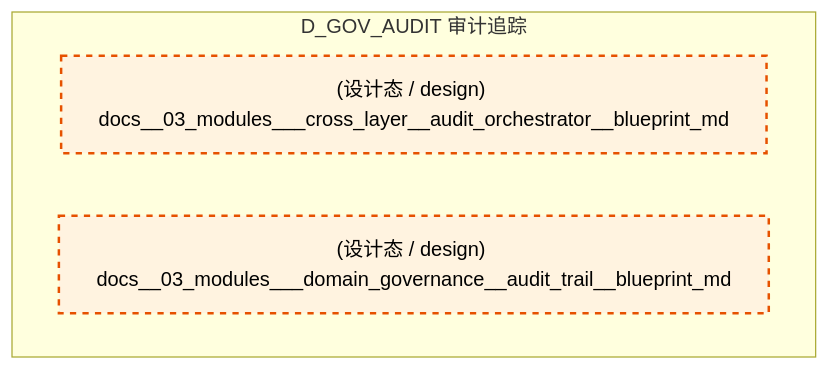
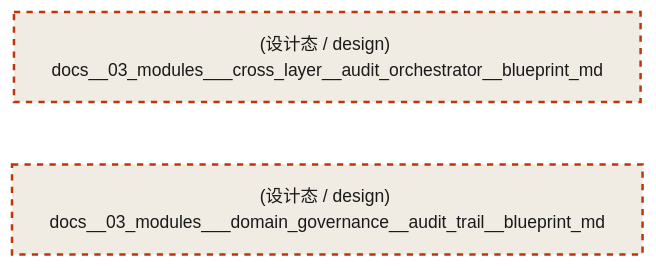
One commit to xuanFelixVan/ZephyrAlpha changed the seventh of 8 diagrams in docs/02_enterprise_architecture/02_domain_architecture_docs/50_d_gov_audit.md. Above: the diagram before and after it, drawn with Mermaid. The commit also changed other lines of this file and 76 other files, not shown here.

````diff
--- a/docs/02_enterprise_architecture/02_domain_architecture_docs/50_d_gov_audit.md
+++ b/docs/02_enterprise_architecture/02_domain_architecture_docs/50_d_gov_audit.md
@@ -883,12 +1106,12 @@
 ```mermaid
-graph TD
-    subgraph D_GOV_AUDIT["D_GOV_AUDIT 审计追踪"]
-        docs_03_modules_cross_layer_audit_orchestrator_blueprint_md["(设计态 / design) docs__03_modules___cross_layer__audit_orchestrator__blueprint_md"]
-        docs_03_modules_domain_governance_audit_trail_blueprint_md["(设计态 / design) docs__03_modules___domain_governance__audit_trail__blueprint_md"]
-    end
-    classDef production fill:#e1f5fe,stroke:#01579b,stroke-width:2px,color:#000
-    classDef design fill:#fff3e0,stroke:#e65100,stroke-width:2px,color:#000,stroke-dasharray: 5 5
-    classDef external_prod fill:#e8f5e9,stroke:#1b5e20,stroke-width:1px,color:#000
-    classDef external_design fill:#fce4ec,stroke:#880e4f,stroke-width:1px,color:#000,stroke-dasharray: 5 5
+%%{init: {'theme': 'base', 'themeVariables': {'primaryColor': '#eaeaea', 'primaryTextColor': '#333333', 'primaryBorderColor': '#666666', 'lineColor': '#666666', 'secondaryColor': '#eaeaea', 'tertiaryColor': '#eaeaea', 'fontSize': '14px'}}}%%
+flowchart TD
+    docs_03_modules_cross_layer_audit_orchestrator_blueprint_md["(设计态 / design) docs__03_modules___cross_layer__audit_orchestrator__blueprint_md"]
+    docs_03_modules_domain_governance_audit_trail_blueprint_md["(设计态 / design) docs__03_modules___domain_governance__audit_trail__blueprint_md"]
+    docs_03_modules_cross_layer_audit_orchestrator_blueprint_md ~~~ docs_03_modules_domain_governance_audit_trail_blueprint_md
+    classDef production fill:#e8edf2,stroke:#0277bd,stroke-width:2px,color:#1a1a1a
+    classDef design fill:#f0ebe3,stroke:#bf360c,stroke-width:2px,color:#1a1a1a,stroke-dasharray: 5 5
+    classDef external_prod fill:#e8efe9,stroke:#1b5e20,stroke-width:1px,color:#1a1a1a
+    classDef external_design fill:#efe5ea,stroke:#880e4f,stroke-width:1px,color:#1a1a1a,stroke-dasharray: 5 5
     class docs_03_modules_cross_layer_audit_orchestrator_blueprint_md,docs_03_modules_domain_governance_audit_trail_blueprint_md design
 ```
````
